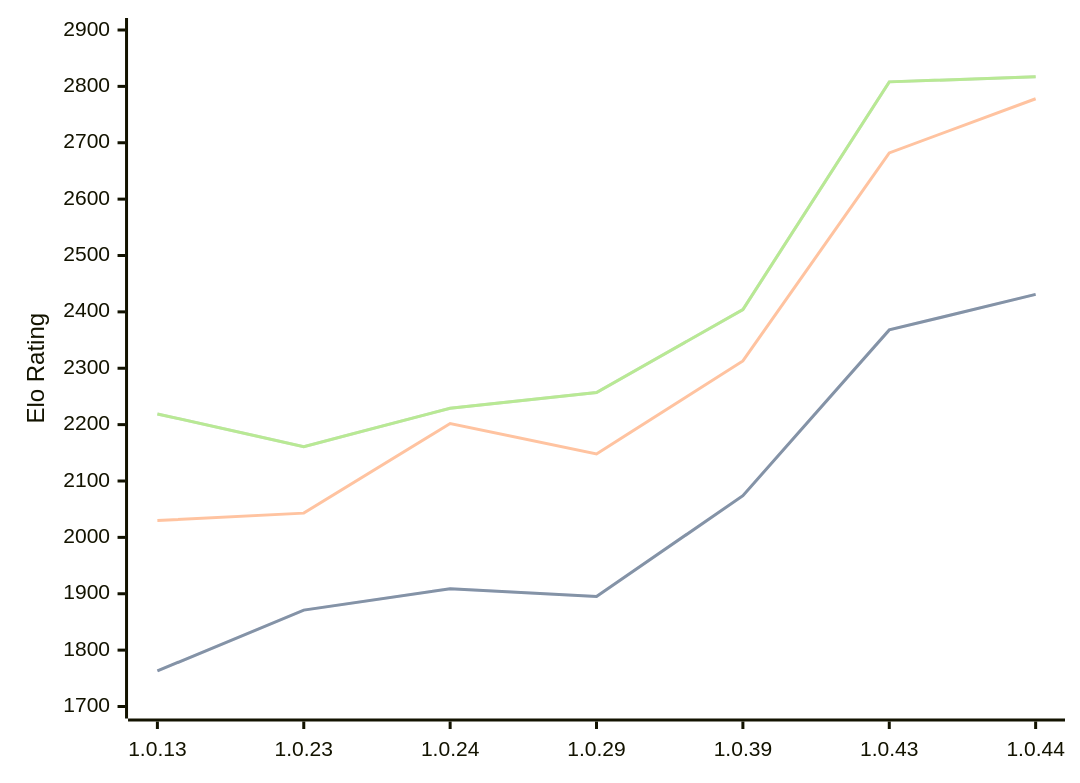
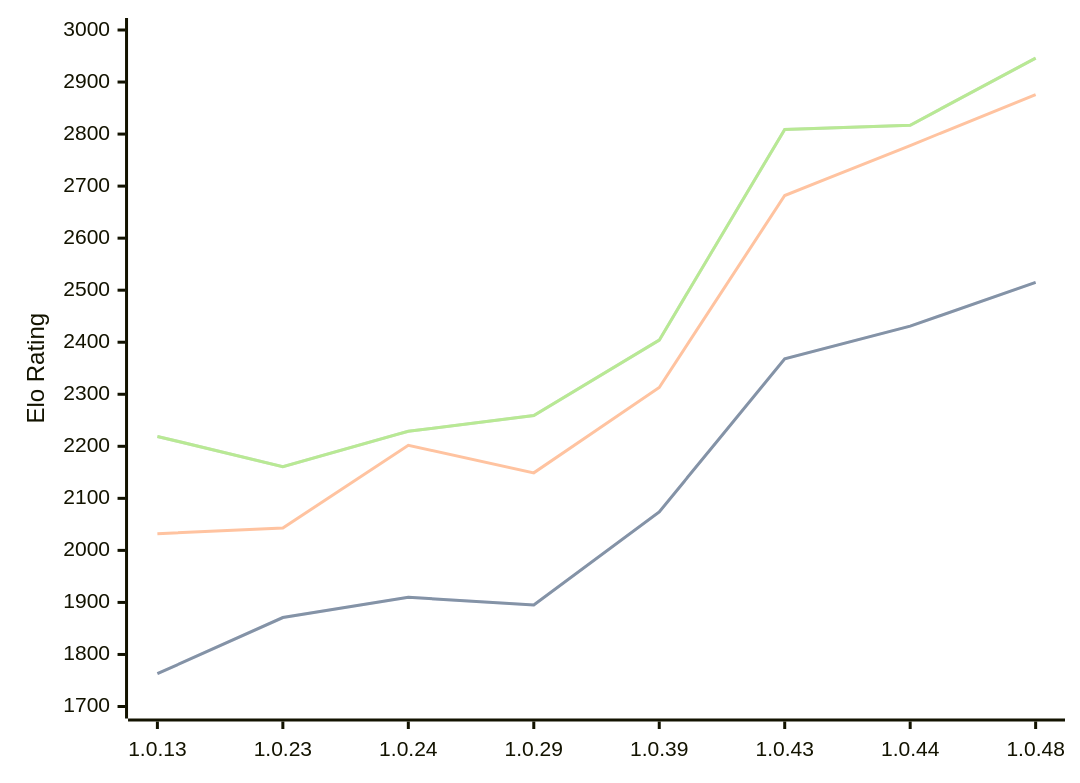
Before and after one commit to computer-chess-index/cci: the diagram in engines/RustyRival.md, drawn with Mermaid. The commit also changed other lines of this file, not shown here.

Commit message:
Update CCI Ratings (ELO VLTC) - 2026-07-31

````diff
--- a/engines/RustyRival.md
+++ b/engines/RustyRival.md
@@ -73,11 +73,11 @@
 ```mermaid
 %%{init: {"theme":"base","themeVariables":{"seriesColors:['#a3a3a3','#222221','#faa371']}}}%%
 xychart-beta
-  x-axis ["1.0.13", "1.0.23", "1.0.24", "1.0.29", "1.0.39", "1.0.43", "1.0.44"]
-  y-axis "Elo Rating" 1700 --> 2900
-  line "STC (8.0+0.08s)" [1763, 1871, 1909, 1895, 2074, 2368, 2431]
-  line "STC (8.0+0.08s)" [1763, 1871, 1909, 1895, 2074, 2368, 2431]
-  line "LTC (60.0+0.60s)" [2030, 2043, 2202, 2148, 2313, 2682, 2778]
-  line "VLTC (2m24s+1.12s)" [2219, 2161, 2229, 2257, 2404, 2808, 2817]
-  line "VLTC (2m24s+1.12s)" [2219, 2161, 2229, 2257, 2404, 2808, 2817]
+  x-axis ["1.0.13", "1.0.23", "1.0.24", "1.0.29", "1.0.39", "1.0.43", "1.0.44", "1.0.48"]
+  y-axis "Elo Rating" 1700 --> 3000
+  line "STC (8.0+0.08s)" [1763, 1871, 1910, 1895, 2074, 2368, 2431, 2515]
+  line "STC (8.0+0.08s)" [1763, 1871, 1910, 1895, 2074, 2368, 2431, 2515]
+  line "LTC (60.0+0.60s)" [2032, 2043, 2202, 2149, 2313, 2682, 2778, 2876]
+  line "VLTC (2m24s+1.12s)" [2219, 2161, 2229, 2259, 2404, 2809, 2817, 2946]
+  line "VLTC (2m24s+1.12s)" [2219, 2161, 2229, 2259, 2404, 2809, 2817, 2946]
 ```
````
